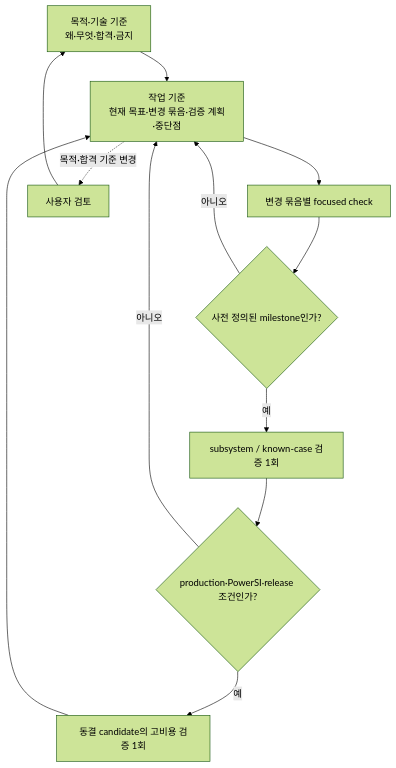
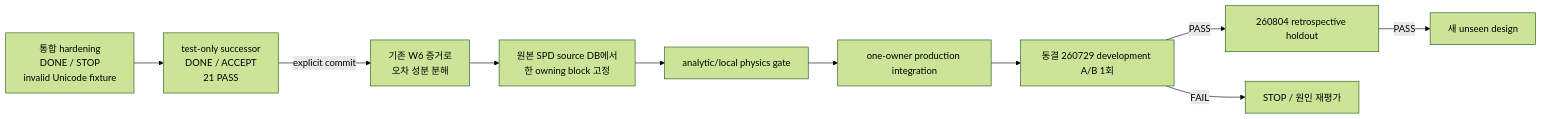
Before and after one commit to yunhyok/spd-decap-pi-evaluator: the diagram in docs/PRODUCT_PURPOSE_AND_TECHNICAL_BASELINE.md, drawn with Mermaid (forest theme). The commit also changed other lines of this file and 8 other files, not shown here.

````diff
--- a/docs/PRODUCT_PURPOSE_AND_TECHNICAL_BASELINE.md
+++ b/docs/PRODUCT_PURPOSE_AND_TECHNICAL_BASELINE.md
@@ -276,14 +134,12 @@
 ```mermaid
-flowchart TD
-    P["목적·기술 기준<br/>왜·무엇·합격·금지"] --> W["작업 기준<br/>현재 목표·변경 묶음·검증 계획·중단점"]
-    W --> F["변경 묶음별 focused check"]
-    F --> M{"사전 정의된 milestone인가?"}
-    M -->|아니오| W
-    M -->|예| S["subsystem / known-case 검증 1회"]
-    S --> E{"production·PowerSI·release 조건인가?"}
-    E -->|아니오| W
-    E -->|예| H["동결 candidate의 고비용 검증 1회"]
-    H --> W
-    W -. "목적·합격 기준 변경" .-> U["사용자 검토"]
-    U --> P
+flowchart LR
+    H["통합 hardening<br/>DONE / STOP<br/>invalid Unicode fixture"] --> X["test-only successor<br/>DONE / ACCEPT<br/>21 PASS"]
+    X -->|"explicit commit"| E["기존 W6 증거로<br/>오차 성분 분해"]
+    E --> D["원본 SPD source DB에서<br/>한 owning block 고정"]
+    D --> L["analytic/local physics gate"]
+    L --> I["one-owner production integration"]
+    I --> A["동결 260729 development A/B 1회"]
+    A -->|PASS| R["260804 retrospective holdout"]
+    R -->|PASS| U["새 unseen design"]
+    A -->|FAIL| S["STOP / 원인 재평가"]
 ```
````
